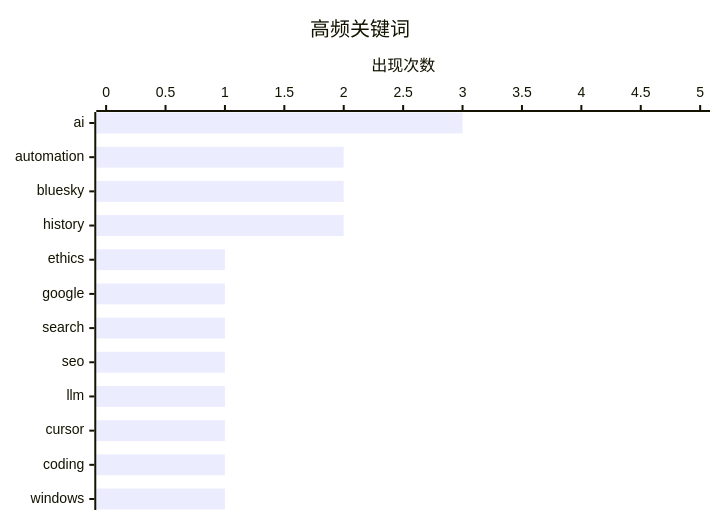
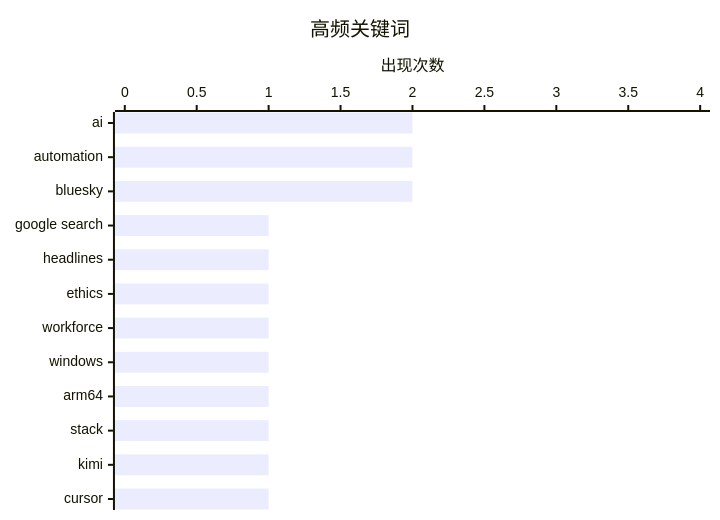
Before and after one commit to SamhooXee/aidigest: the second of 2 diagrams in content/digest_2026-03-21.md, drawn with Mermaid. The commit also changed other lines of this file, not shown here.

````diff
--- a/content/digest_2026-03-21.md
+++ b/content/digest_2026-03-21.md
@@ -65,7 +59,7 @@
 ```mermaid
 xychart-beta horizontal
     title "高频关键词"
-    x-axis ["ai", "automation", "bluesky", "history", "ethics", "google", "search", "seo", "llm", "cursor", "coding", "windows"]
-    y-axis "出现次数" 0 --> 5
-    bar [3, 2, 2, 2, 1, 1, 1, 1, 1, 1, 1, 1]
+    x-axis ["ai", "automation", "bluesky", "google search", "headlines", "ethics", "workforce", "windows", "arm64", "stack", "kimi", "cursor"]
+    y-axis "出现次数" 0 --> 4
+    bar [2, 2, 2, 1, 1, 1, 1, 1, 1, 1, 1, 1]
 ```
````
